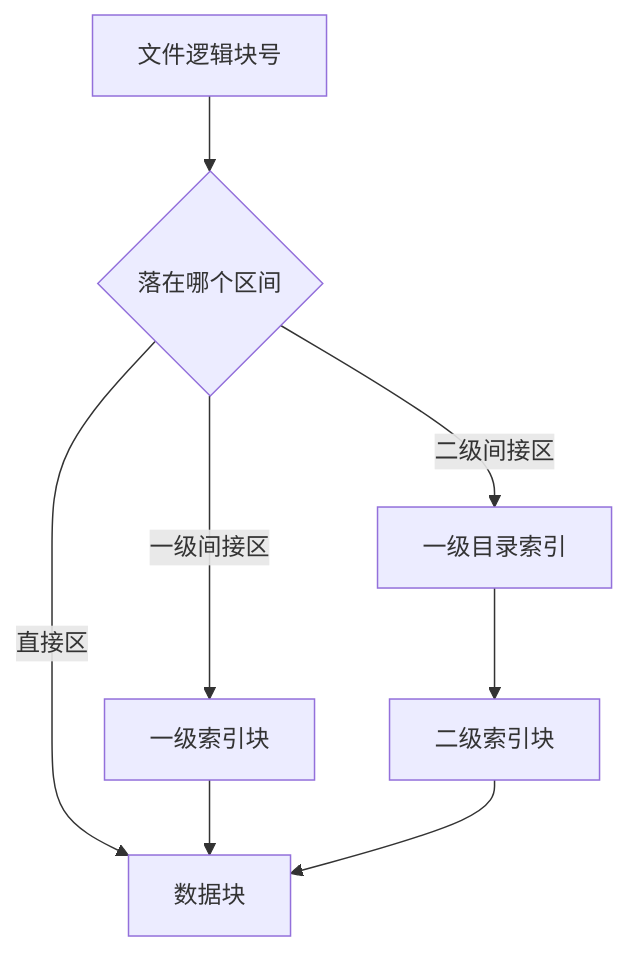
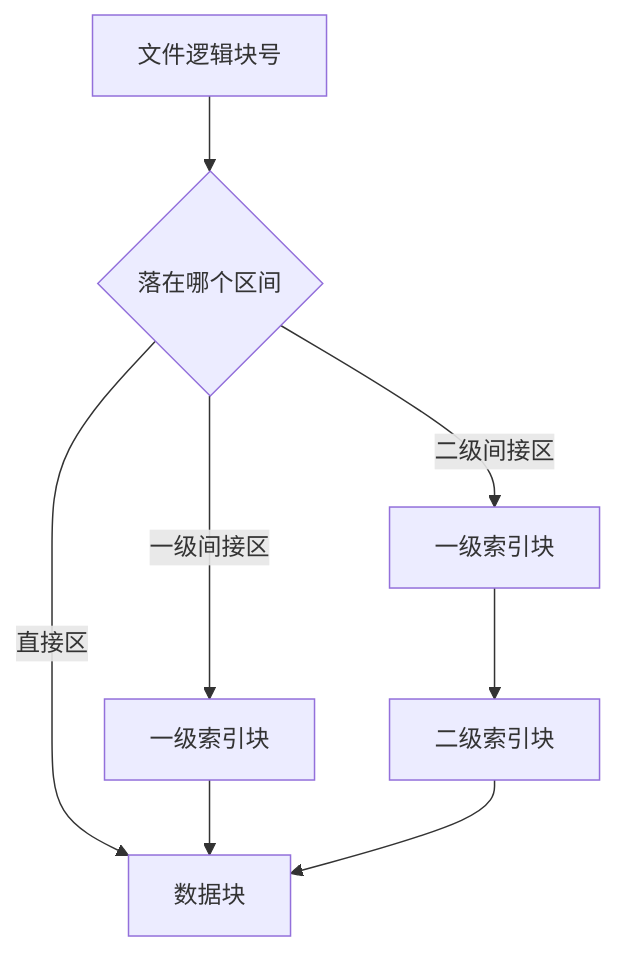
Before and after one commit to 74262195/system-architect-notes: the diagram in 01_综合知识/01_计算机系统基础知识/02_操作系统/文件多级索引.md, drawn with Mermaid. The commit also changed other lines of this file and 20 other files, not shown here.

```diff
--- a/01_综合知识/01_计算机系统基础知识/02_操作系统/文件多级索引.md
+++ b/01_综合知识/01_计算机系统基础知识/02_操作系统/文件多级索引.md
@@ -36,10 +36,10 @@
 ~~~mermaid
 flowchart TD
     A[文件逻辑块号] --> B{落在哪个区间}
     B -->|直接区| C[数据块]
     B -->|一级间接区| D[一级索引块]
     D --> C
-    B -->|二级间接区| E[一级目录索引]
+    B -->|二级间接区| E[一级索引块]
     E --> F[二级索引块]
     F --> C
 ~~~
```
